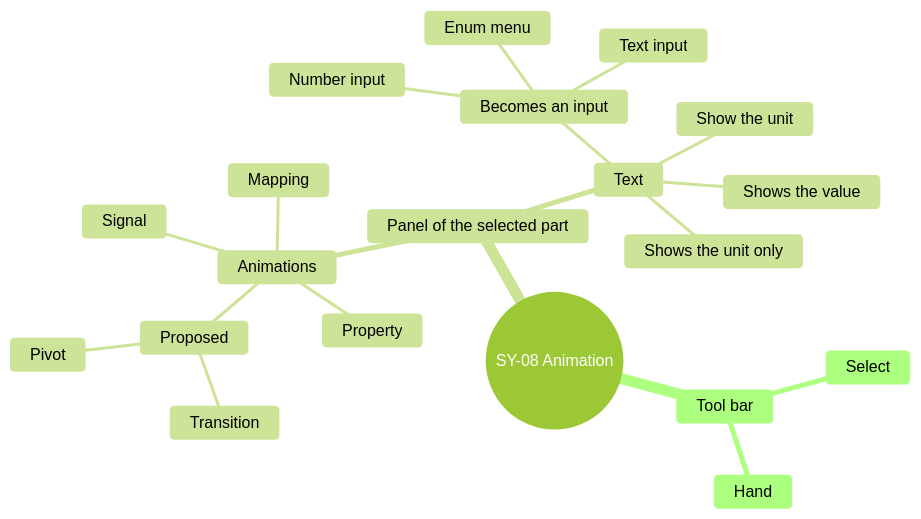
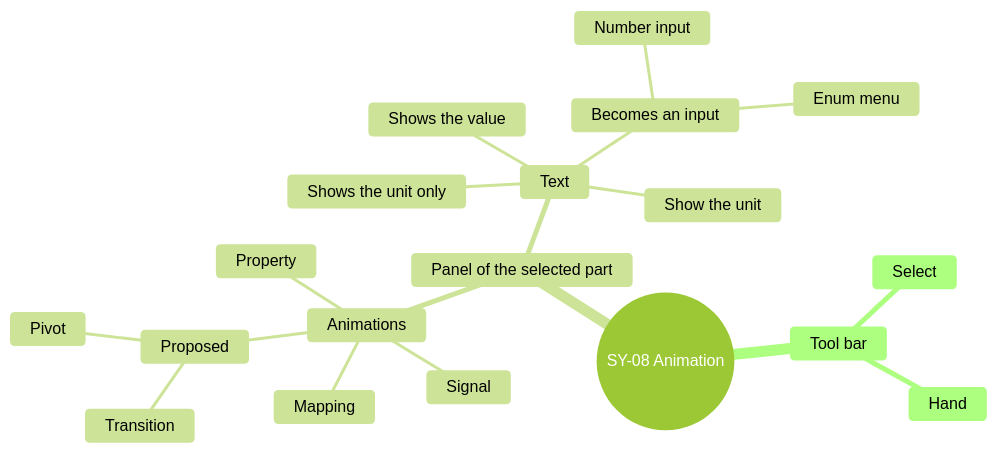
The tenth of 14 diagrams in screens/symbols.md (AlexandreGallais/synoptic-studio-spec), drawn with Mermaid (forest theme) before and after one commit. The commit also changed other lines of this file and 10 other files, not shown here.

````diff
--- a/screens/symbols.md
+++ b/screens/symbols.md
@@ -391,23 +391,22 @@
 ```mermaid
 mindmap
   root((SY-08 Animation))
     Tool bar
       Select
       Hand
     Panel of the selected part
       Animations
         Signal
         Property
         Mapping
         Proposed
           Transition
           Pivot
       Text
         Shows the value
         Shows the unit only
         Show the unit
         Becomes an input
           Number input
-          Text input
           Enum menu
 ```
````
